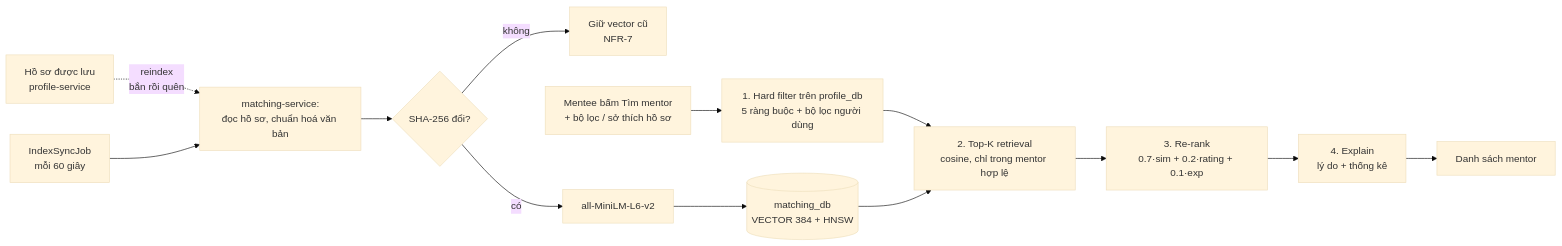
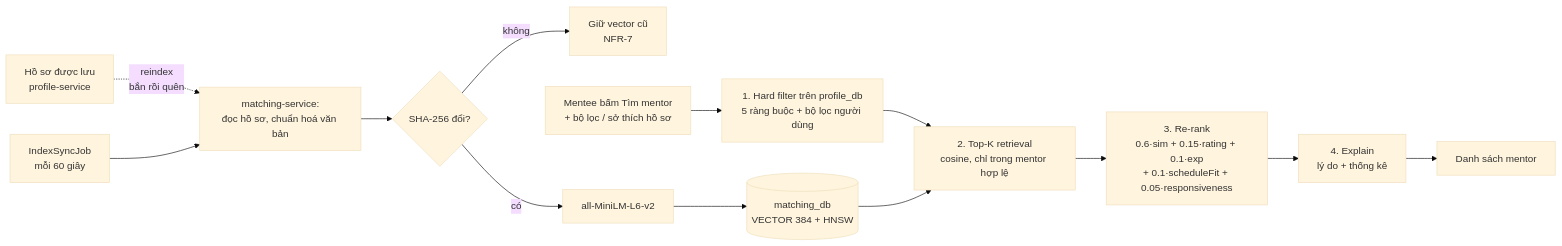
One commit to quangpham10212004/do_an_2026 changed the second of 5 diagrams in docs/ai-features.md. Above: the diagram before and after it, drawn with Mermaid (base theme). The commit also changed other lines of this file and 2 other files, not shown here.

````diff
--- a/docs/ai-features.md
+++ b/docs/ai-features.md
@@ -68,16 +68,16 @@
 ```mermaid
 flowchart LR
     P[Hồ sơ được lưu<br/>profile-service] -. "reindex<br/>bắn rồi quên" .-> N
     JOB[IndexSyncJob<br/>mỗi 60 giây] --> N[matching-service:<br/>đọc hồ sơ, chuẩn hoá văn bản]
     N --> H{SHA-256 đổi?}
     H -- không --> SKIP[Giữ vector cũ<br/>NFR-7]
     H -- có --> E[all-MiniLM-L6-v2]
     E --> V[(matching_db<br/>VECTOR 384 + HNSW)]
 
     Q[Mentee bấm Tìm mentor<br/>+ bộ lọc / sở thích hồ sơ] --> R2[1. Hard filter trên profile_db<br/>5 ràng buộc + bộ lọc người dùng]
     R2 --> R1[2. Top-K retrieval<br/>cosine, chỉ trong mentor hợp lệ]
     V --> R1
-    R1 --> R3[3. Re-rank<br/>0.7·sim + 0.2·rating + 0.1·exp]
+    R1 --> R3[3. Re-rank<br/>0.6·sim + 0.15·rating + 0.1·exp<br/>+ 0.1·scheduleFit + 0.05·responsiveness]
     R3 --> R4[4. Explain<br/>lý do + thống kê]
     R4 --> OUT[Danh sách mentor]
 ```
````
